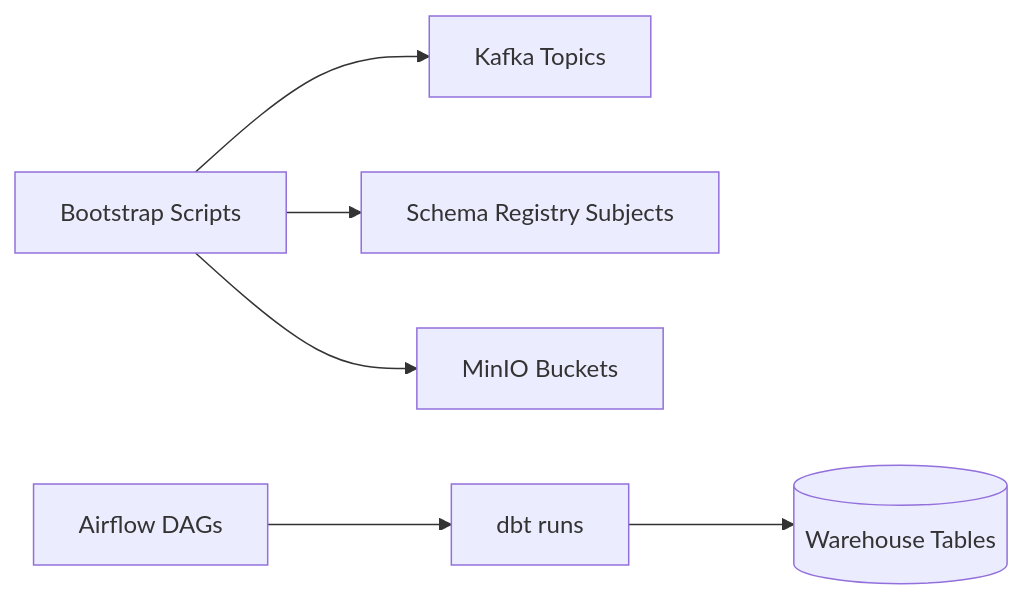
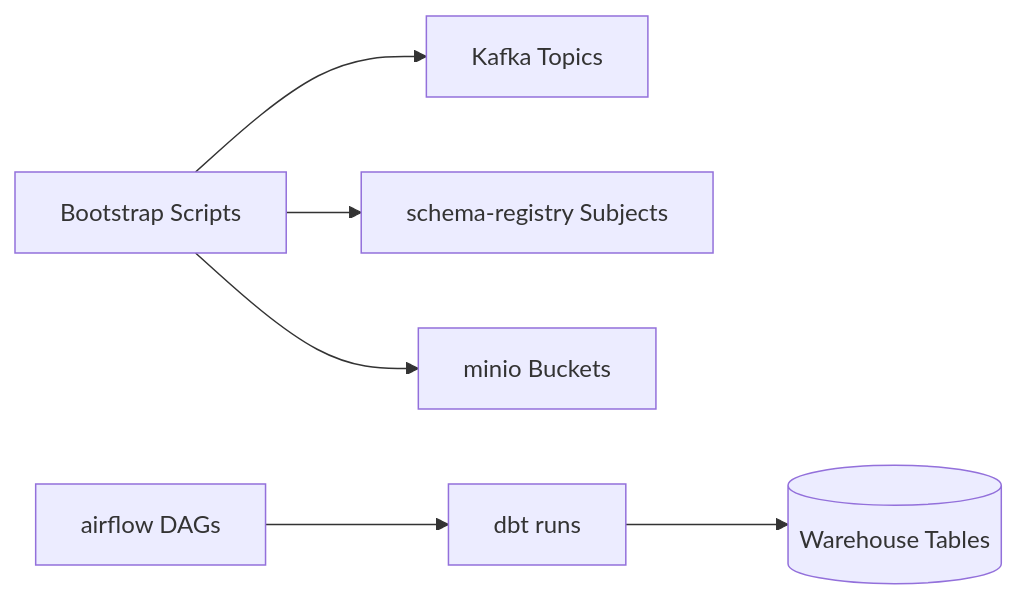
The second of 2 diagrams in platform-services/readme.md (paulchen8206/Full-Stack-Modern-Data-Architecture-and-Engineering), drawn with Mermaid before and after one commit. The commit also changed other lines of this file and 18 other files, not shown here.

````diff
--- a/platform-services/readme.md
+++ b/platform-services/readme.md
@@ -57,8 +57,8 @@
 ```mermaid
 flowchart LR
   BOOT[Bootstrap Scripts] --> TOPICS[Kafka Topics]
-  BOOT --> SCHEMAS[Schema Registry Subjects]
-  BOOT --> BUCKETS[MinIO Buckets]
-  AIRFLOW[Airflow DAGs] --> DBT[dbt runs]
+  BOOT --> SCHEMAS[schema-registry Subjects]
+  BOOT --> BUCKETS[minio Buckets]
+  AIRFLOW[airflow DAGs] --> DBT[dbt runs]
   DBT --> WAREHOUSE[(Warehouse Tables)]
 ```
````
